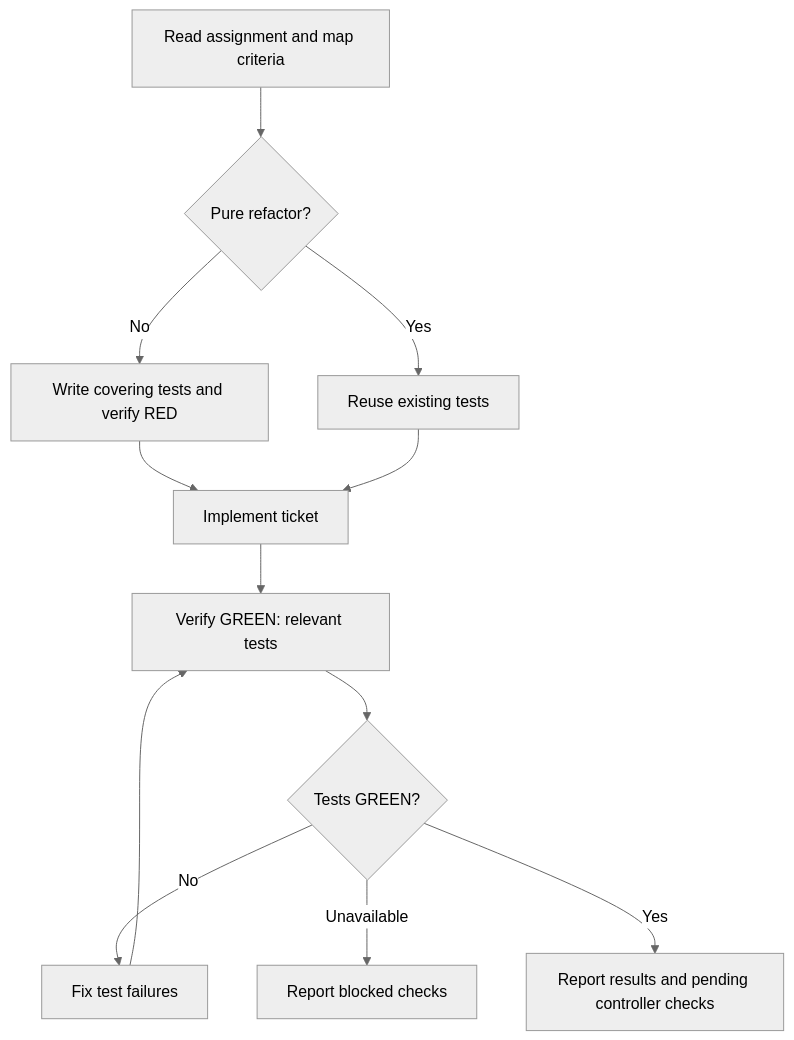
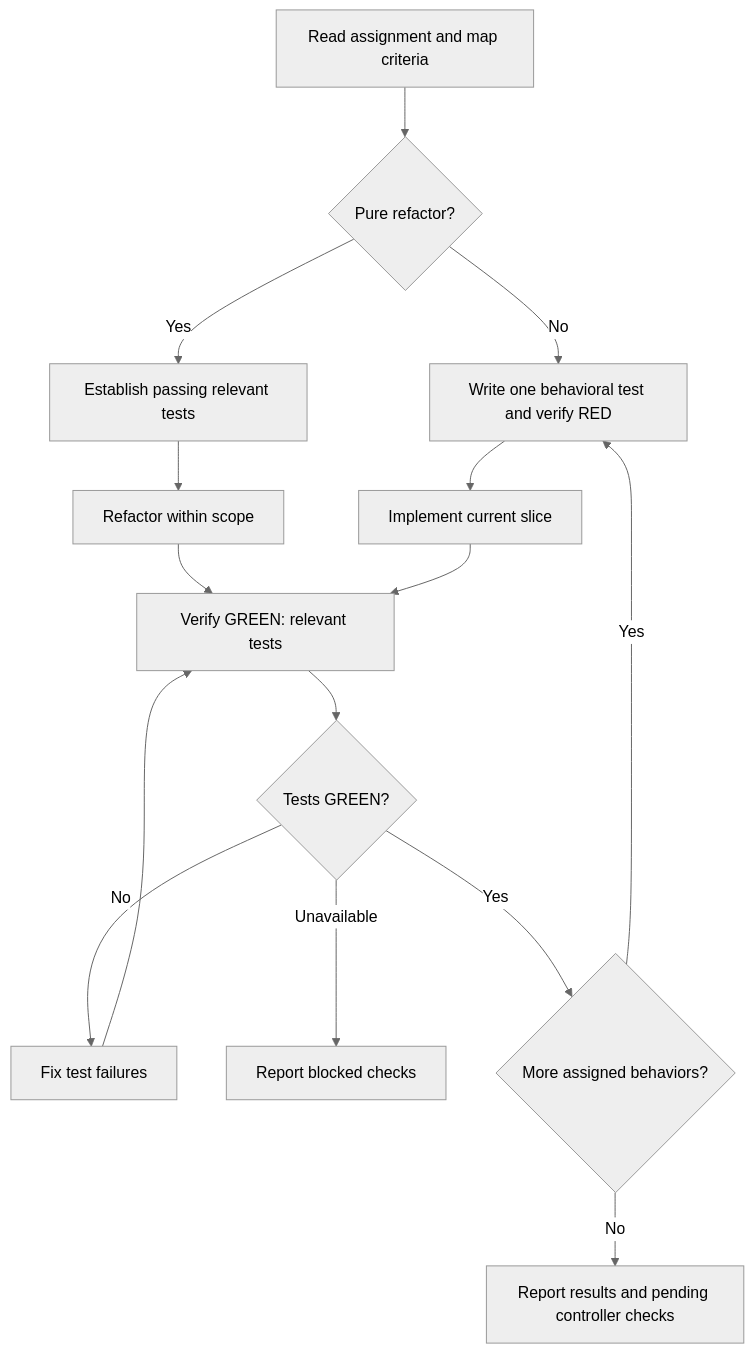
One commit to UseTheFork/spindle changed the diagram in src/blueprints/agents/sdd-implementer.agent.md. Above: the diagram before and after it, drawn with Mermaid (neutral theme). The commit also changed other lines of this file and 11 other files, not shown here.

````diff
--- a/src/blueprints/agents/sdd-implementer.agent.md
+++ b/src/blueprints/agents/sdd-implementer.agent.md
@@ -54,14 +54,17 @@
 ```mermaid
 flowchart TD
     A[Read assignment and map criteria] --> B{Pure refactor?}
-    B -- No --> C[Write covering tests and verify RED]
-    B -- Yes --> D[Reuse existing tests]
-    C --> E[Implement ticket]
-    D --> E
+    B -- No --> C[Write one behavioral test and verify RED]
+    B -- Yes --> D[Establish passing relevant tests]
+    C --> E[Implement current slice]
+    D --> P[Refactor within scope]
+    P --> F
     E --> F[Verify GREEN: relevant tests]
     F --> G{Tests GREEN?}
     G -- No --> H[Fix test failures]
     H --> F
     G -- Unavailable --> R[Report blocked checks]
-    G -- Yes --> O[Report results and pending controller checks]
+    G -- Yes --> I{More assigned behaviors?}
+    I -- Yes --> C
+    I -- No --> O[Report results and pending controller checks]
 ```
````
